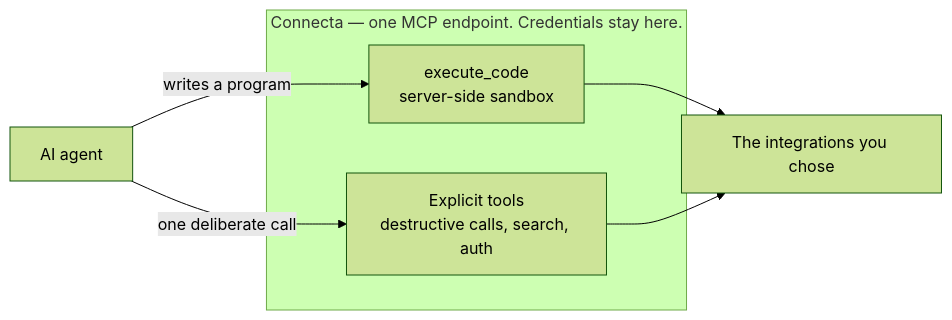
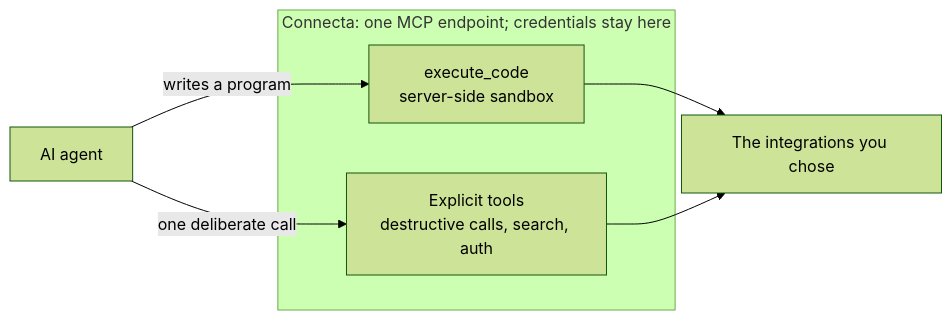
The diagram in README.md (zackbart/connecta), drawn with Mermaid (forest theme) before and after one commit.

Commit message:
Fix README flowchart rendering (#238)
Use GitHub-compatible Mermaid node declarations and edge-label syntax so the README flowchart renders reliably.

````diff
--- a/README.md
+++ b/README.md
@@ -14,11 +14,15 @@
 ```mermaid
 flowchart LR
-    Agent["AI agent"] -- "writes a program" --> Sandbox
-    Agent -- "one deliberate call" --> Explicit
-    subgraph Connecta["Connecta — one MCP endpoint. Credentials stay here."]
+    Agent["AI agent"]
+    Integrations["The integrations you chose"]
+
+    subgraph Connecta["Connecta: one MCP endpoint; credentials stay here"]
         Sandbox["execute_code<br/>server-side sandbox"]
         Explicit["Explicit tools<br/>destructive calls, search, auth"]
     end
-    Sandbox --> Integrations["The integrations you chose"]
+
+    Agent -->|"writes a program"| Sandbox
+    Agent -->|"one deliberate call"| Explicit
+    Sandbox --> Integrations
     Explicit --> Integrations
 ```
````
